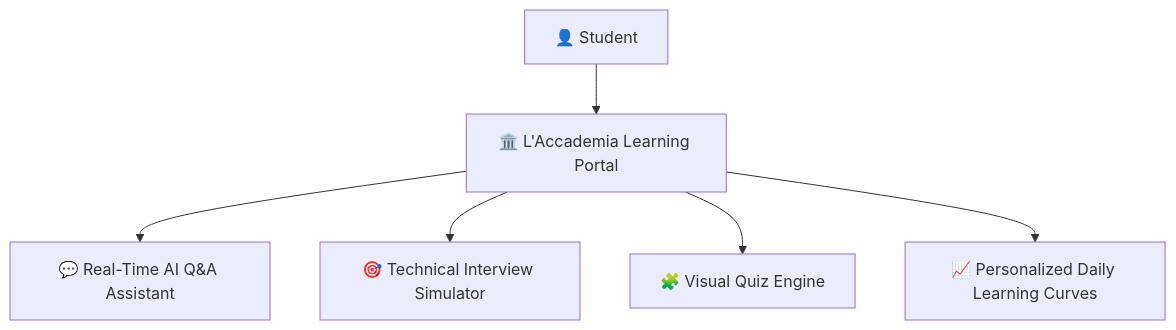
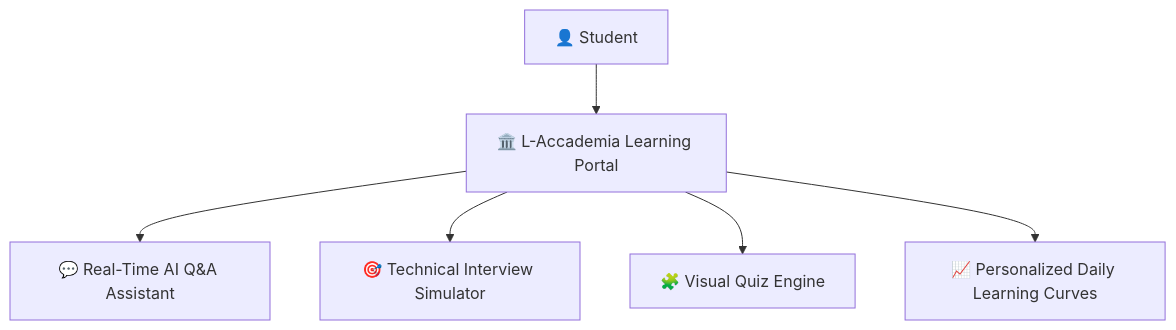
Before and after one commit to SriniwasAwasthi/l-accademia: the diagram in README.md, drawn with Mermaid. The commit also changed other lines of this file, not shown here.

Commit message:
docs: streamline README architecture flow, remove duplicate notes, and polish layout

````diff
--- a/README.md
+++ b/README.md
@@ -288,8 +288,8 @@
 ```mermaid
 graph TD
-    Learner["👤 Student"] --> Portal["🏛️ L'Accademia Learning Portal"]
+    Learner["👤 Student"] --> Portal["🏛️ L-Accademia Learning Portal"]
     Portal --> QA["💬 Real-Time AI Q&A Assistant"]
     Portal --> Interview["🎯 Technical Interview Simulator"]
     Portal --> Quizzes["🧩 Visual Quiz Engine"]
     Portal --> Paths["📈 Personalized Daily Learning Curves"]
 ```
````
